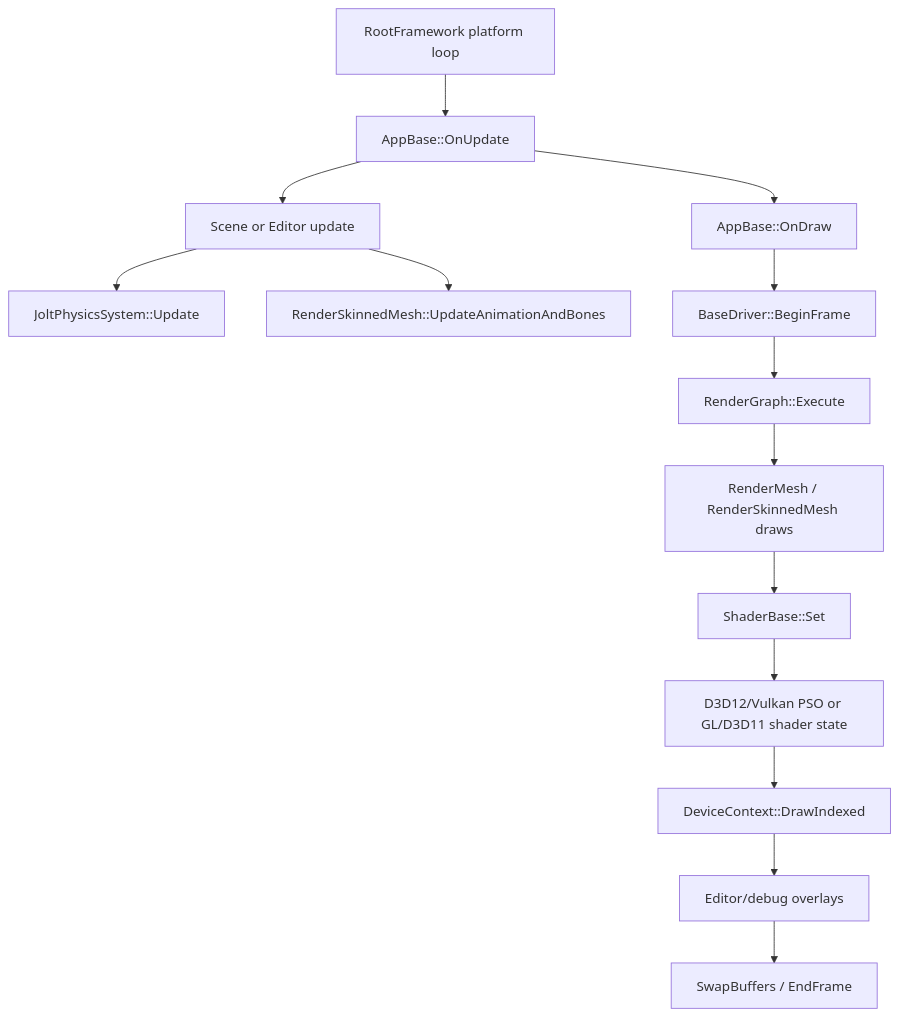
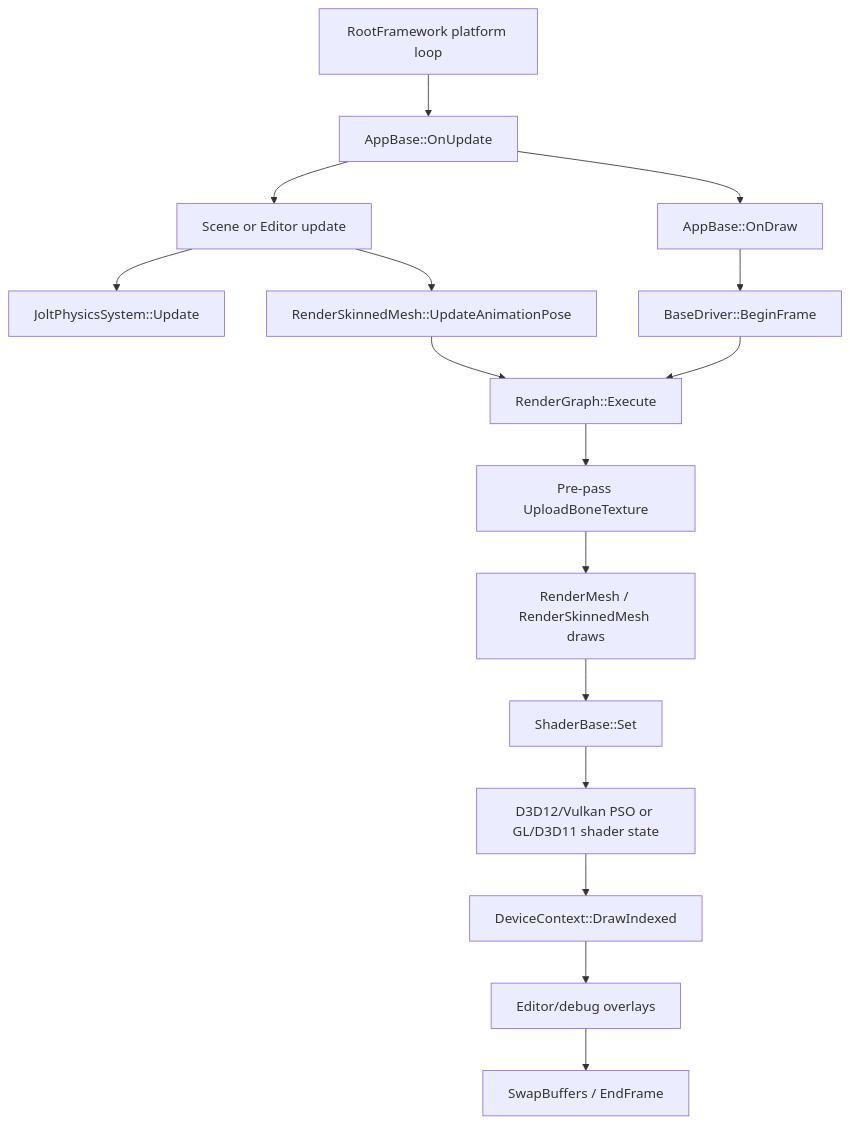
Before and after one commit to 0Camus0/T850: the seventh of 11 diagrams in documentation/dependency-map.md, drawn with Mermaid. The commit also changed other lines of this file and 92 other files, not shown here.

````diff
--- a/documentation/dependency-map.md
+++ b/documentation/dependency-map.md
@@ -299,16 +299,18 @@
 ```mermaid
 flowchart TD
   Platform["RootFramework platform loop"] --> AppUpdate["AppBase::OnUpdate"]
   AppUpdate --> SceneUpdate["Scene or Editor update"]
   SceneUpdate --> Physics["JoltPhysicsSystem::Update"]
-  SceneUpdate --> Animation["RenderSkinnedMesh::UpdateAnimationAndBones"]
+  SceneUpdate --> Animation["RenderSkinnedMesh::UpdateAnimationPose"]
   AppUpdate --> AppDraw["AppBase::OnDraw"]
   AppDraw --> BeginFrame["BaseDriver::BeginFrame"]
   BeginFrame --> RenderGraph["RenderGraph::Execute"]
-  RenderGraph --> MeshDraw["RenderMesh / RenderSkinnedMesh draws"]
+  Animation --> RenderGraph
+  RenderGraph --> GraphUpload["Pre-pass UploadBoneTexture"]
+  GraphUpload --> MeshDraw["RenderMesh / RenderSkinnedMesh draws"]
   MeshDraw --> ShaderSet["ShaderBase::Set"]
   ShaderSet --> PSO["D3D12/Vulkan PSO or GL/D3D11 shader state"]
   PSO --> DrawIndexed["DeviceContext::DrawIndexed"]
   DrawIndexed --> Overlays["Editor/debug overlays"]
   Overlays --> Present["SwapBuffers / EndFrame"]
 ```
````
